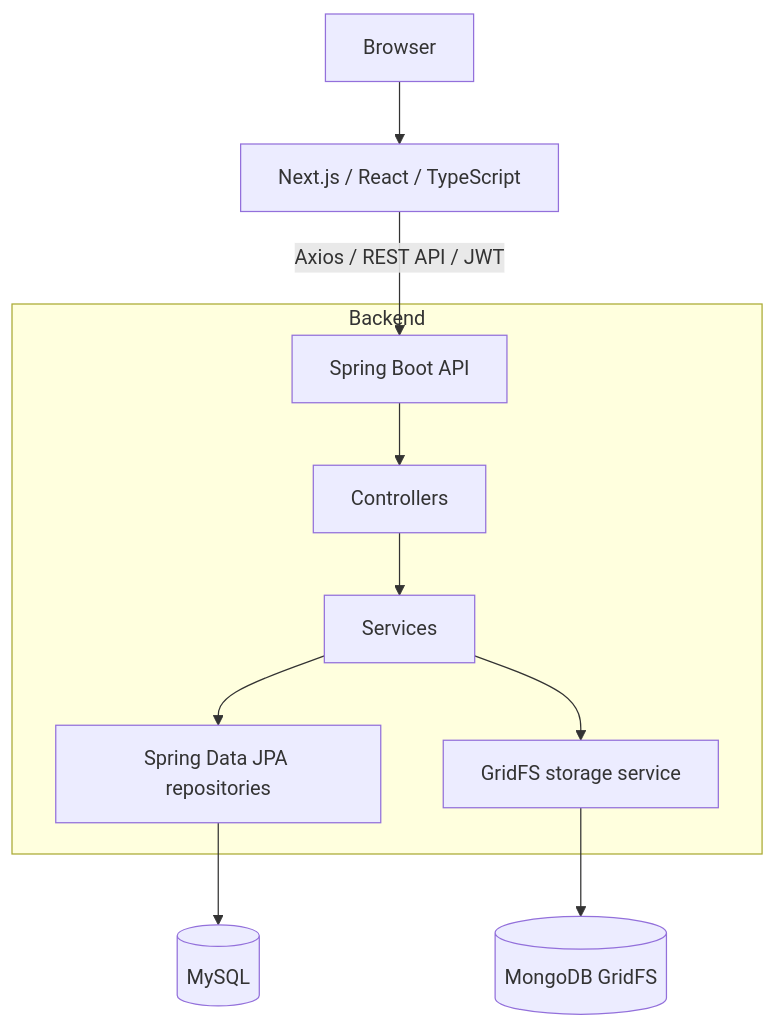
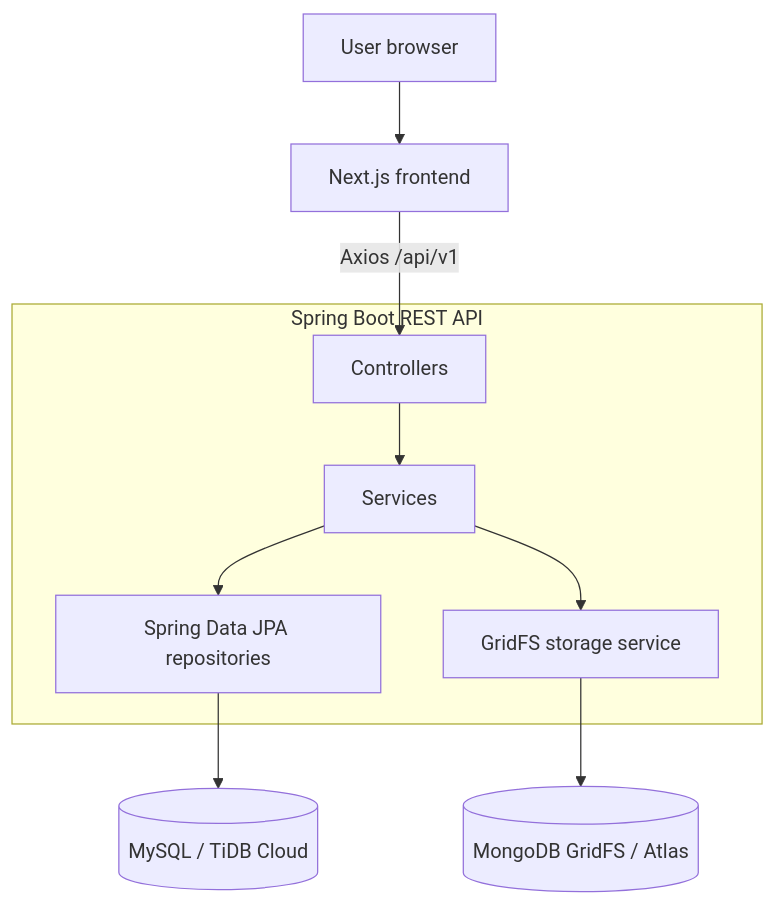
One commit to Diegopower199/IT-Service-Management changed the diagram in README.md. Above: the diagram before and after it, drawn with Mermaid. The commit also changed other lines of this file, not shown here.

Commit message:
docs: update architecture and cloud infrastructure overview

````diff
--- a/README.md
+++ b/README.md
@@ -38,13 +39,12 @@
 ```mermaid
 flowchart TD
-    U[Browser] --> F[Next.js / React / TypeScript]
-    F -->|Axios / REST API / JWT| B[Spring Boot API]
-    subgraph Backend
-        B --> C[Controllers]
-        C --> S[Services]
+    U[User browser] --> F[Next.js frontend]
+    F -->|Axios /api/v1| C
+    subgraph Backend [Spring Boot REST API]
+        C[Controllers] --> S[Services]
         S --> R[Spring Data JPA repositories]
         S --> G[GridFS storage service]
     end
-    R --> M[(MySQL)]
-    G --> N[(MongoDB GridFS)]
+    R --> M[(MySQL / TiDB Cloud)]
+    G --> N[(MongoDB GridFS / Atlas)]
 ```
````
